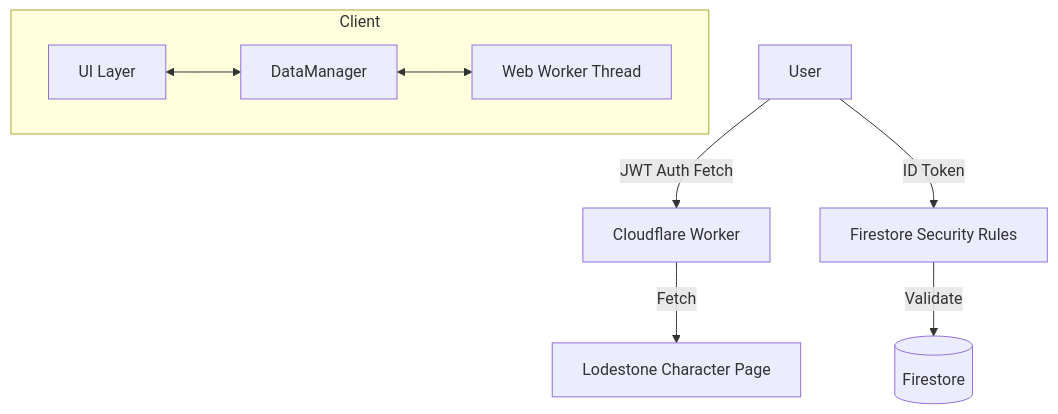
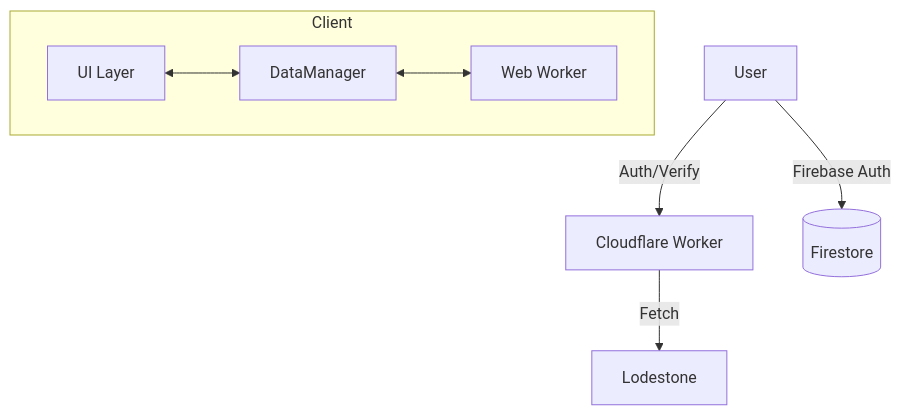
The diagram in specification.md (thehuntifrit/The-Hunt), drawn with Mermaid before and after one commit. The commit also changed other lines of this file and 1 other file, not shown here.

````diff
--- a/specification.md
+++ b/specification.md
@@ -24,13 +19,12 @@
 ```mermaid
 graph TD
-    User[User] -->|JWT Auth Fetch| Worker[Cloudflare Worker]
-    Worker -->|Fetch| Lodestone[Lodestone Character Page]
+    User[User] -->|Auth/Verify| Worker[Cloudflare Worker]
+    Worker -->|Fetch| Lodestone[Lodestone]
     
-    User -->|ID Token| FS[Firestore Security Rules]
-    FS -->|Validate| DB[(Firestore)]
+    User -->|Firebase Auth| DB[(Firestore)]
     
     subgraph Client
         UI[UI Layer] <--> DM[DataManager]
-        DM <--> WorkerThread[Web Worker Thread]
+        DM <--> WorkerThread[Web Worker]
     end
 ```
````
